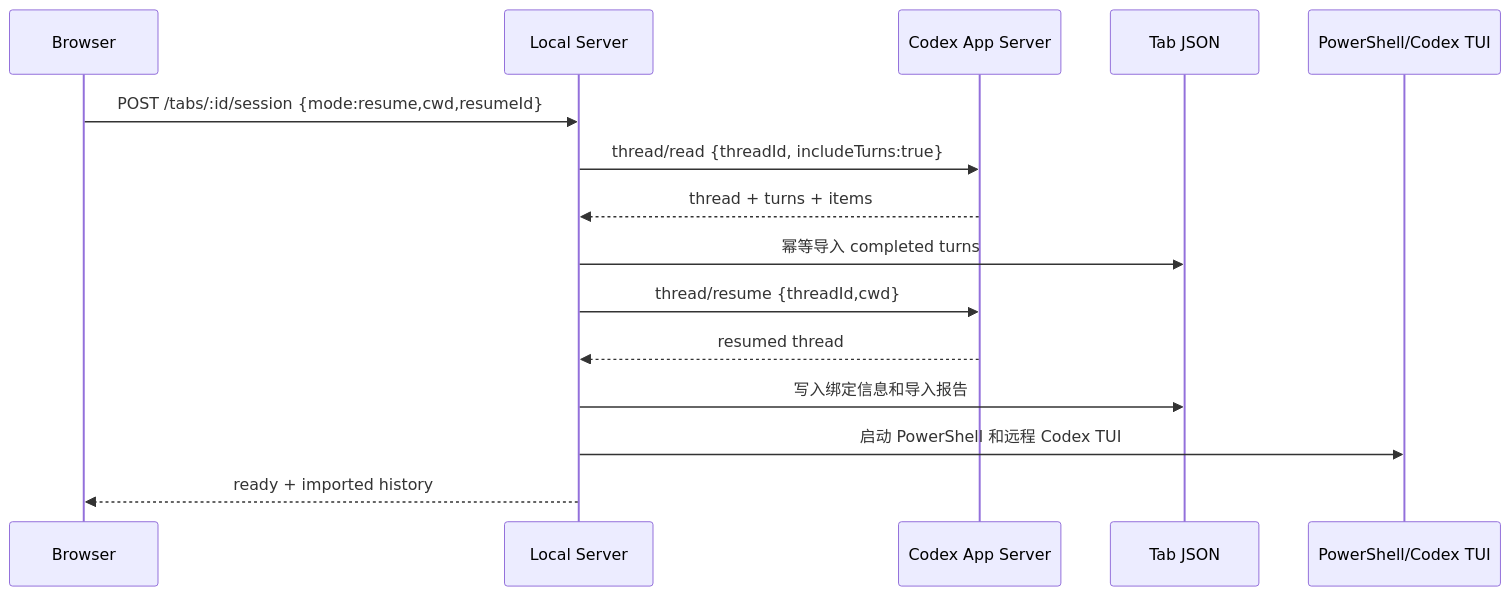
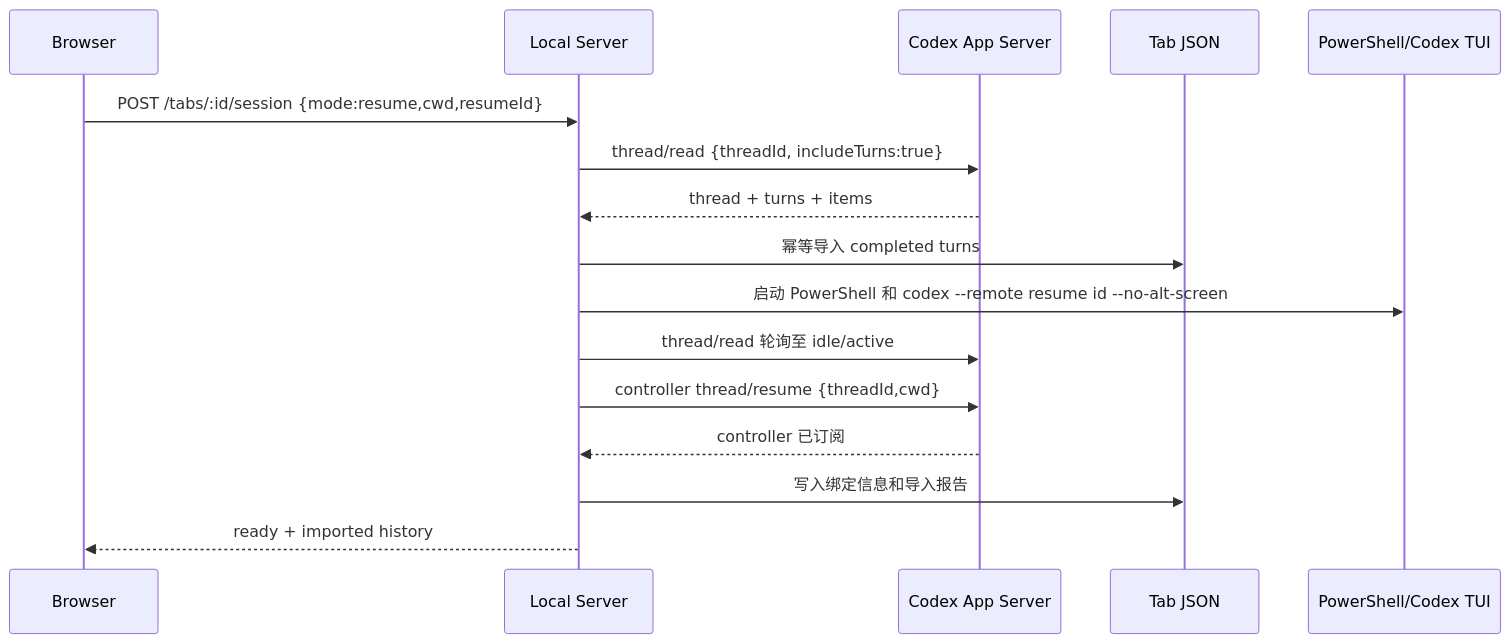
One commit to xpc16/Codex-Promptor changed the third of 5 diagrams in docs/IMPLEMENTATION_SPEC.md. Above: the diagram before and after it, drawn with Mermaid. The commit also changed other lines of this file and 6 other files, not shown here.

Commit message:
fix: stabilize resumed Codex terminal

````diff
--- a/docs/IMPLEMENTATION_SPEC.md
+++ b/docs/IMPLEMENTATION_SPEC.md
@@ -309,18 +313,19 @@
 ```mermaid
 sequenceDiagram
     participant UI as Browser
     participant API as Local Server
     participant AS as Codex App Server
     participant Disk as Tab JSON
     participant PTY as PowerShell/Codex TUI
 
     UI->>API: POST /tabs/:id/session {mode:resume,cwd,resumeId}
     API->>AS: thread/read {threadId, includeTurns:true}
     AS-->>API: thread + turns + items
     API->>Disk: 幂等导入 completed turns
-    API->>AS: thread/resume {threadId,cwd}
-    AS-->>API: resumed thread
+    API->>PTY: 启动 PowerShell 和 codex --remote resume id --no-alt-screen
+    API->>AS: thread/read 轮询至 idle/active
+    API->>AS: controller thread/resume {threadId,cwd}
+    AS-->>API: controller 已订阅
     API->>Disk: 写入绑定信息和导入报告
-    API->>PTY: 启动 PowerShell 和远程 Codex TUI
     API-->>UI: ready + imported history
 ```
````
